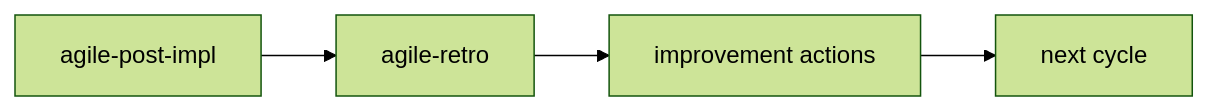
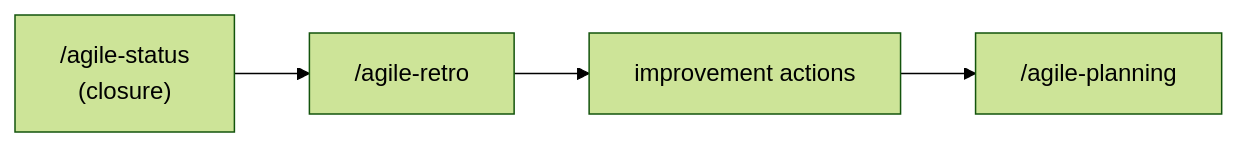
The diagram in skills/agile-retro/README.md (djalmajr/essential-skills), drawn with Mermaid (forest theme) before and after one commit. The commit also changed other lines of this file and 60 other files, not shown here.

````diff
--- a/skills/agile-retro/README.md
+++ b/skills/agile-retro/README.md
@@ -60,6 +52,6 @@
 ```mermaid
 flowchart LR
-    A[agile-post-impl] --> B[agile-retro]
+    A["/agile-status<br>(closure)"] --> B["/agile-retro"]
     B --> C[improvement actions]
-    C --> D[next cycle]
+    C --> D["/agile-planning"]
 ```
````
